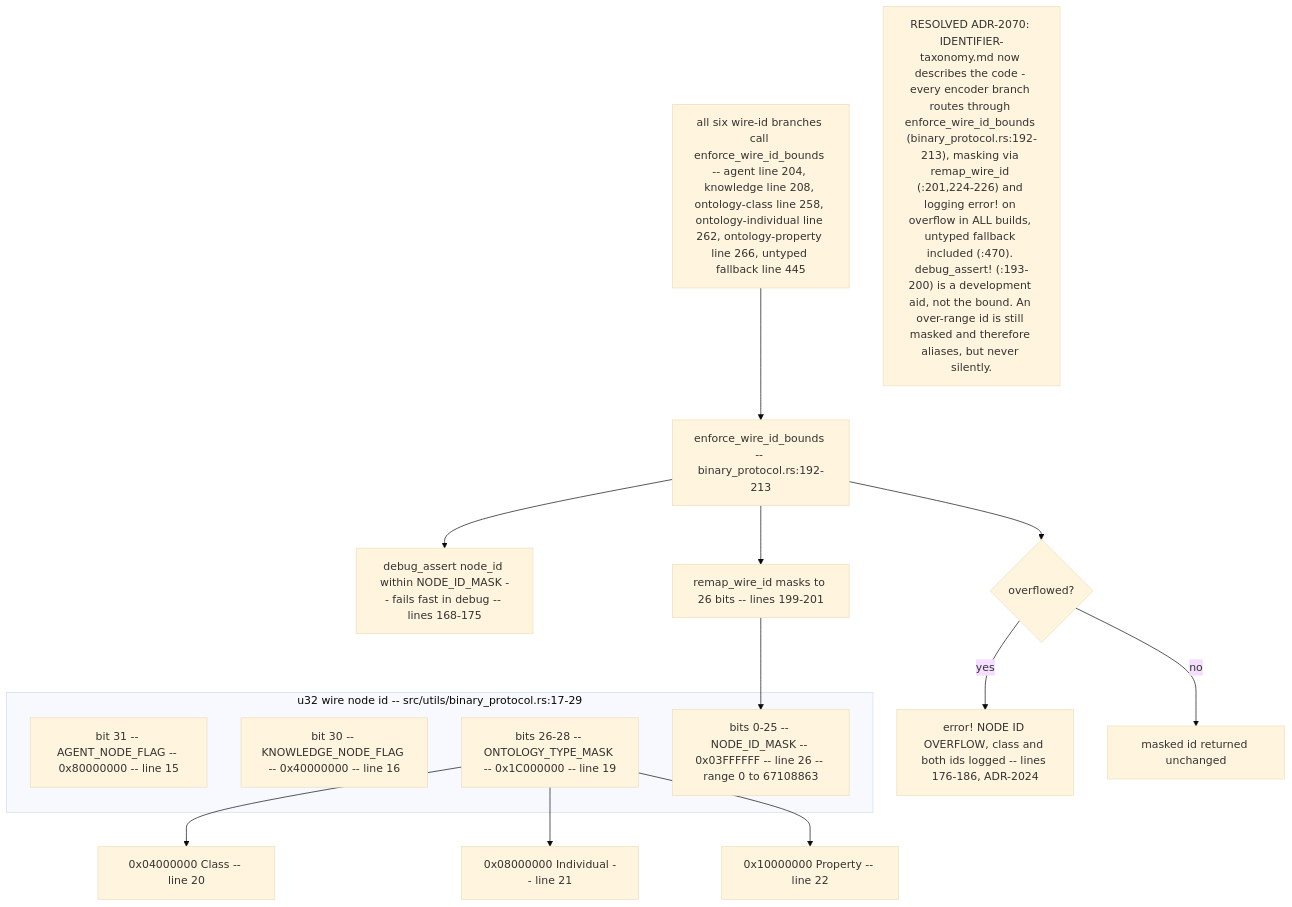
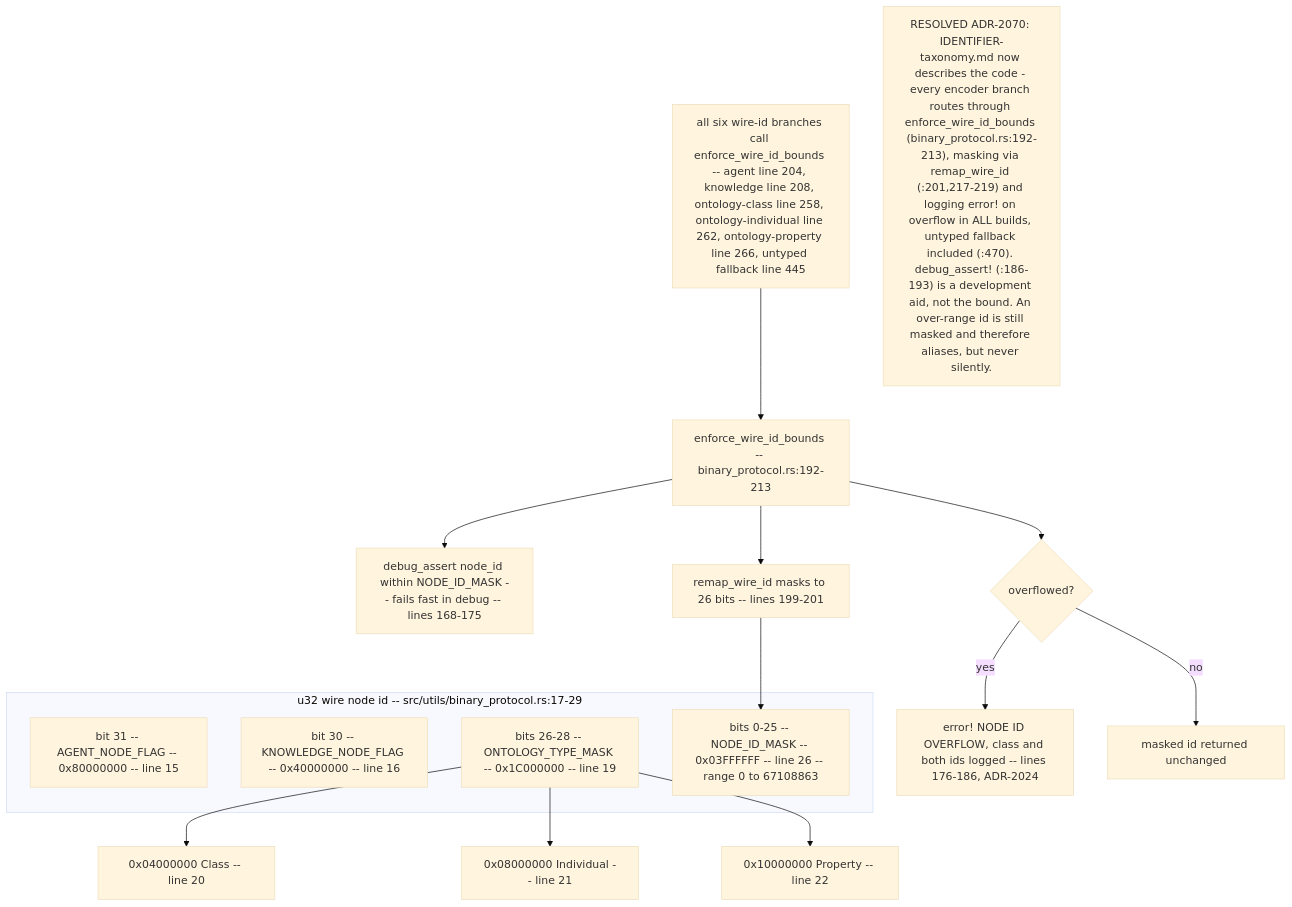
Before and after one commit to DreamLab-AI/VisionFlow: the seventh of 10 diagrams in docs/diagrams/visionclaw/23-identifiers-urn-did-sha12.md, drawn with Mermaid (base theme). The commit also changed other lines of this file and 10 other files, not shown here.

First line of the commit message:
docs(diagrams): close ER-1 to ER-4 and ER-33 across ten topics, re-stamped

````diff
--- a/docs/diagrams/visionclaw/23-identifiers-urn-did-sha12.md
+++ b/docs/diagrams/visionclaw/23-identifiers-urn-did-sha12.md
@@ -280,24 +281,24 @@
 ```mermaid
 flowchart TD
     subgraph WireU32["u32 wire node id -- src/utils/binary_protocol.rs:17-29"]
         B31["bit 31 -- AGENT_NODE_FLAG -- 0x80000000 -- line 15"]
         B30["bit 30 -- KNOWLEDGE_NODE_FLAG -- 0x40000000 -- line 16"]
         BOnt["bits 26-28 -- ONTOLOGY_TYPE_MASK -- 0x1C000000 -- line 19"]
         BId["bits 0-25 -- NODE_ID_MASK -- 0x03FFFFFF -- line 26 -- range 0 to 67108863"]
     end
     BOnt --> OC["0x04000000 Class -- line 20"]
     BOnt --> OI["0x08000000 Individual -- line 21"]
     BOnt --> OP["0x10000000 Property -- line 22"]
 
     Enc["enforce_wire_id_bounds -- binary_protocol.rs:192-213"]
     Enc --> Assert["debug_assert node_id within NODE_ID_MASK -- fails fast in debug -- lines 168-175"]
     Enc --> Remap["remap_wire_id masks to 26 bits -- lines 199-201"]
     Remap --> BId
     Enc --> LogCheck{"overflowed?"}
     LogCheck -->|yes| Log["error! NODE ID OVERFLOW, class and both ids logged -- lines 176-186, ADR-2024"]
     LogCheck -->|no| NoLog["masked id returned unchanged"]
 
     Setters["all six wire-id branches call enforce_wire_id_bounds -- agent line 204, knowledge line 208, ontology-class line 258, ontology-individual line 262, ontology-property line 266, untyped fallback line 445"] --> Enc
 
-    Drift["RESOLVED ADR-2070: IDENTIFIER-taxonomy.md now describes the code - every encoder branch routes through enforce_wire_id_bounds (binary_protocol.rs:192-213), masking via remap_wire_id (:201,224-226) and logging error! on overflow in ALL builds, untyped fallback included (:470). debug_assert! (:193-200) is a development aid, not the bound. An over-range id is still masked and therefore aliases, but never silently."]
+    Drift["RESOLVED ADR-2070: IDENTIFIER-taxonomy.md now describes the code - every encoder branch routes through enforce_wire_id_bounds (binary_protocol.rs:192-213), masking via remap_wire_id (:201,217-219) and logging error! on overflow in ALL builds, untyped fallback included (:470). debug_assert! (:186-193) is a development aid, not the bound. An over-range id is still masked and therefore aliases, but never silently."]
 ```
````
